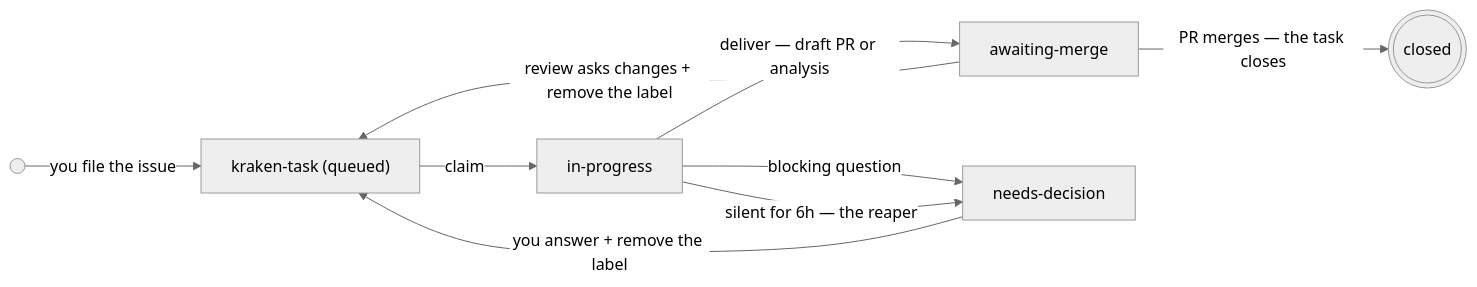
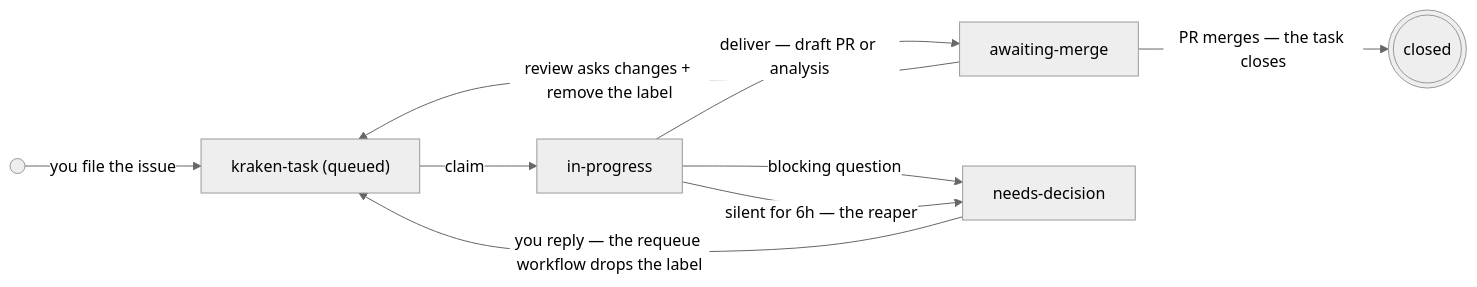
Before and after one commit to rafael-adcp/kraken: the diagram in README.md, drawn with Mermaid (neutral theme). The commit also changed other lines of this file and 5 other files, not shown here.

````diff
--- a/README.md
+++ b/README.md
@@ -111,11 +111,11 @@
 ```mermaid
 flowchart LR
     S((" ")) -->|you file the issue| Q["kraken-task (queued)"]
     Q -->|claim| P[in-progress]
     P -->|deliver — draft PR or analysis| M[awaiting-merge]
     P -->|blocking question| D[needs-decision]
     P -->|silent for 6h — the reaper| D
-    D -->|you answer + remove the label| Q
+    D -->|you reply — the requeue workflow drops the label| Q
     M -->|review asks changes + remove the label| Q
     M -->|PR merges — the task closes| E(((closed)))
 ```
````
